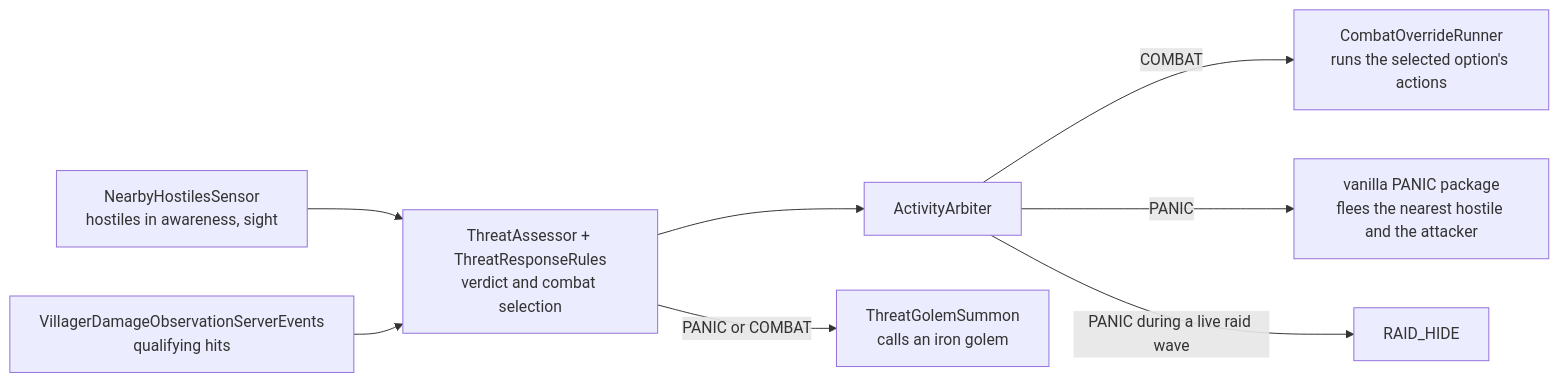
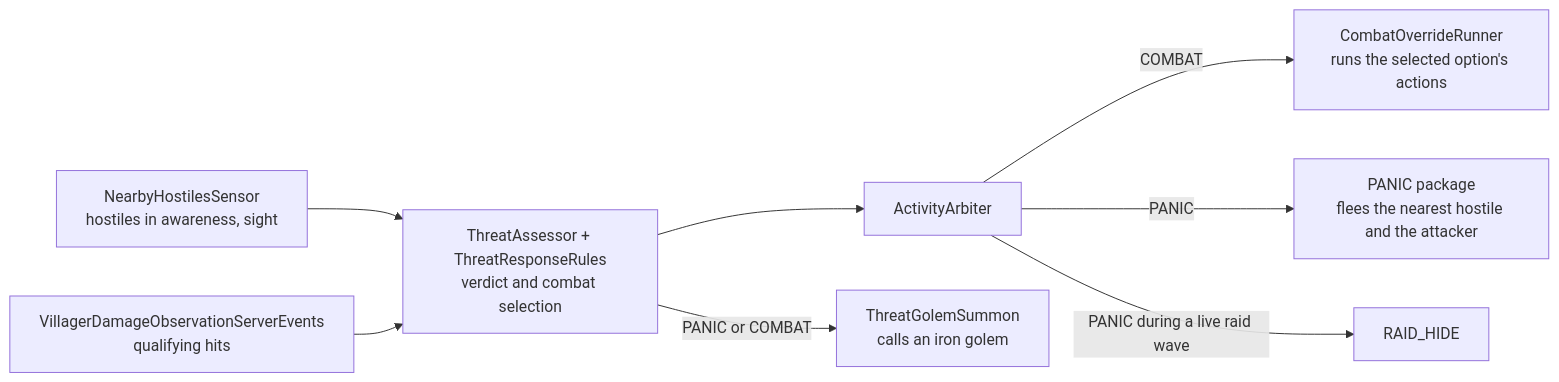
Before and after one commit to breeze-devs/Settlements-Alpha: the diagram in docs/references/threat_response.md, drawn with Mermaid. The commit also changed other lines of this file and 17 other files, not shown here.

````diff
--- a/docs/references/threat_response.md
+++ b/docs/references/threat_response.md
@@ -14,10 +14,10 @@
 ```mermaid
 flowchart LR
     SENSOR["NearbyHostilesSensor<br/>hostiles in awareness, sight"] --> ASSESS
     DAMAGE["VillagerDamageObservationServerEvents<br/>qualifying hits"] --> ASSESS
     ASSESS["ThreatAssessor + ThreatResponseRules<br/>verdict and combat selection"] --> ARB
     ARB["ActivityArbiter"] -->|COMBAT| FIGHT["CombatOverrideRunner<br/>runs the selected option's actions"]
-    ARB -->|PANIC| FLEE["vanilla PANIC package<br/>flees the nearest hostile and the attacker"]
+    ARB -->|PANIC| FLEE["PANIC package<br/>flees the nearest hostile and the attacker"]
     ARB -->|PANIC during a live raid wave| HIDE["RAID_HIDE"]
     ASSESS -->|PANIC or COMBAT| GOLEM["ThreatGolemSummon<br/>calls an iron golem"]
 ```
````
